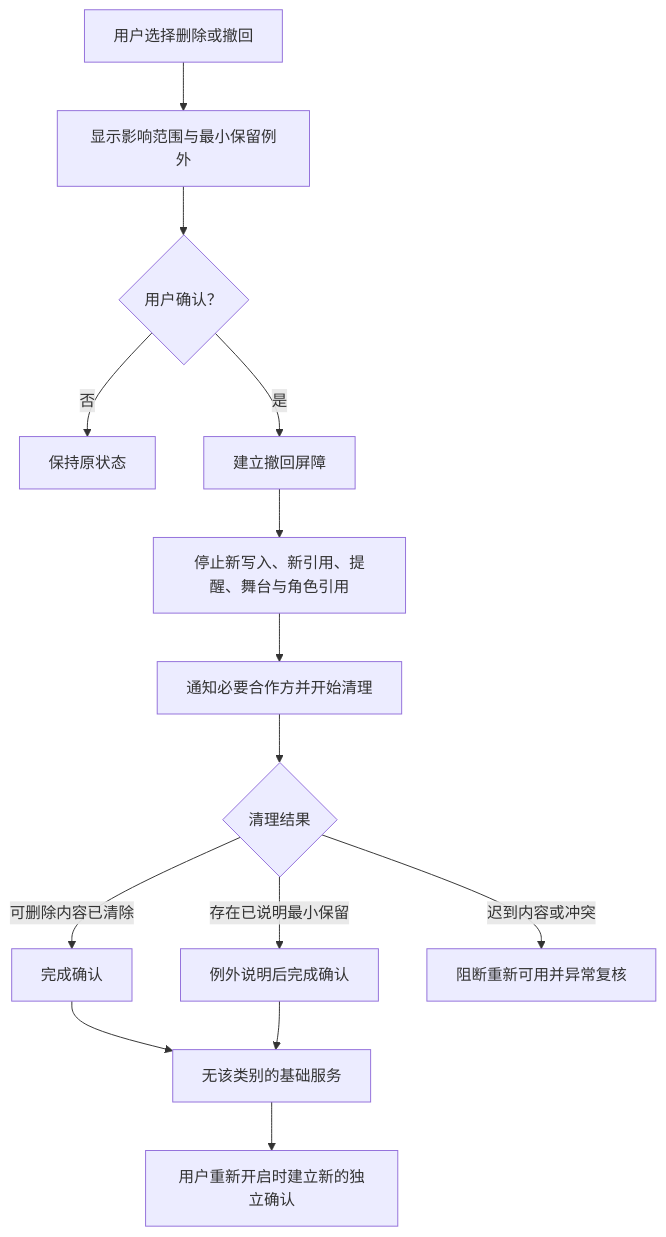
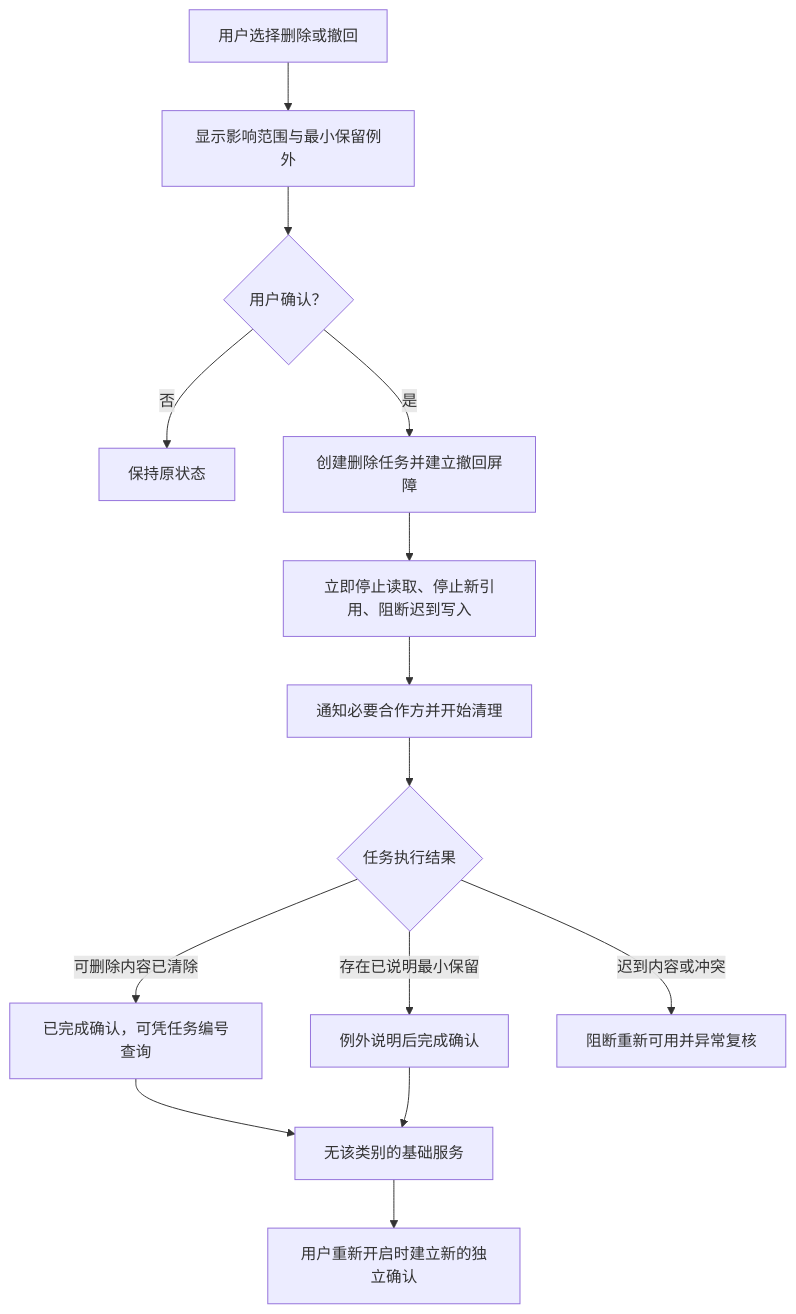
Before and after one commit to weiz98417-crypto/qiuqiu: the fifth of 9 diagrams in docs/球球全套资料/4.产品设计/38-隐私、记忆删除与数据生命周期设计.md, drawn with Mermaid. The commit also changed other lines of this file and 49 other files, not shown here.

````diff
--- a/docs/球球全套资料/4.产品设计/38-隐私、记忆删除与数据生命周期设计.md
+++ b/docs/球球全套资料/4.产品设计/38-隐私、记忆删除与数据生命周期设计.md
@@ -286,16 +300,16 @@
 ```mermaid
 flowchart TD
     A[用户选择删除或撤回] --> B[显示影响范围与最小保留例外]
     B --> C{用户确认？}
     C -->|否| X[保持原状态]
-    C -->|是| D[建立撤回屏障]
-    D --> E[停止新写入、新引用、提醒、舞台与角色引用]
+    C -->|是| D[创建删除任务并建立撤回屏障]
+    D --> E[立即停止读取、停止新引用、阻断迟到写入]
     E --> F[通知必要合作方并开始清理]
-    F --> G{清理结果}
-    G -->|可删除内容已清除| H[完成确认]
+    F --> G{任务执行结果}
+    G -->|可删除内容已清除| H[已完成确认，可凭任务编号查询]
     G -->|存在已说明最小保留| I[例外说明后完成确认]
     G -->|迟到内容或冲突| J[阻断重新可用并异常复核]
     H --> K[无该类别的基础服务]
     I --> K
     K --> L[用户重新开启时建立新的独立确认]
 ```
````
